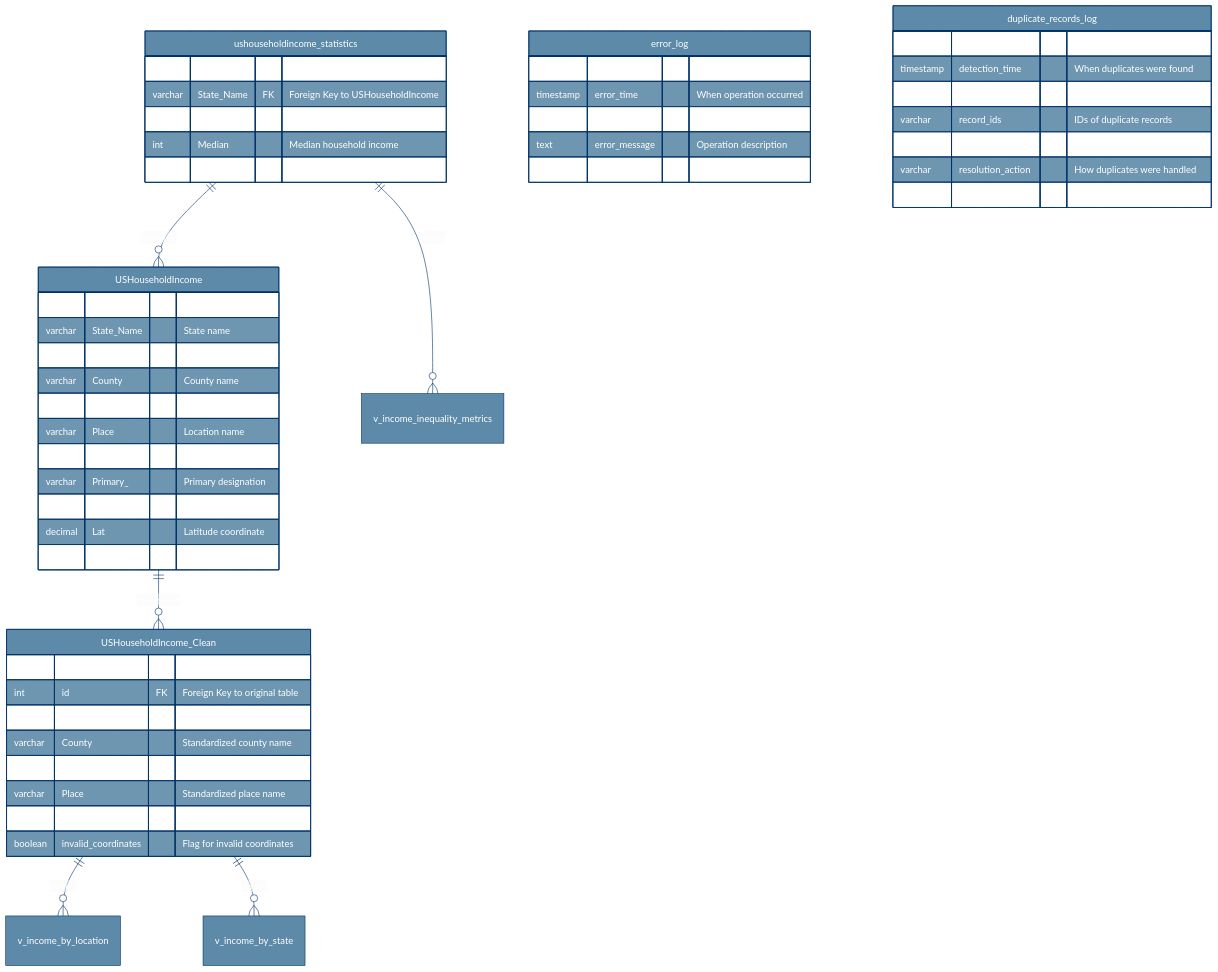
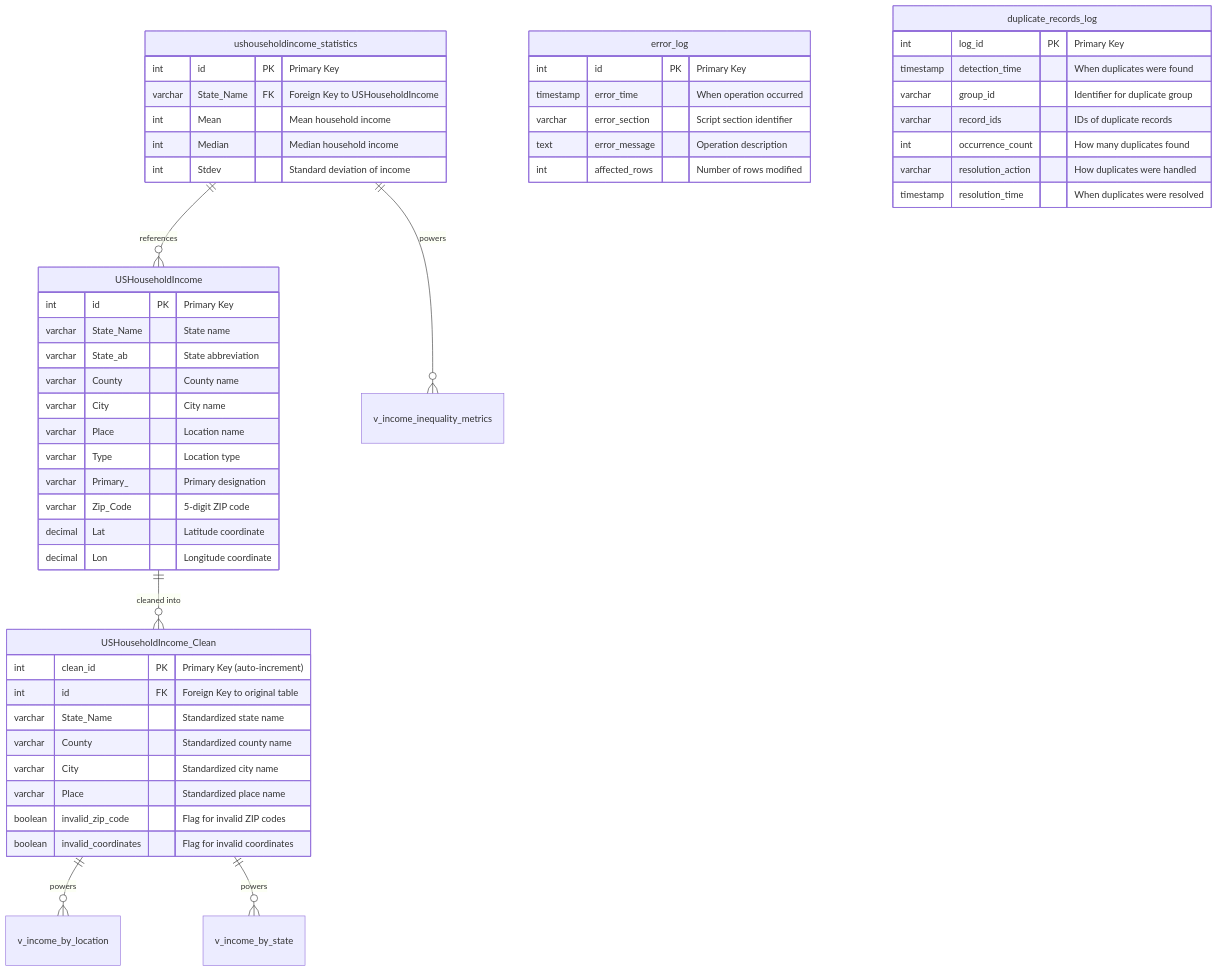
Before and after one commit to tzolkowski96/tzolkowski96: the fourth of 10 diagrams in us-household-income-analysis/README.md, drawn with Mermaid. The commit also changed other lines of this file, not shown here.

````diff
--- a/us-household-income-analysis/README.md
+++ b/us-household-income-analysis/README.md
@@ -455,62 +455,60 @@
 ```mermaid
-%%{init: {'theme': 'base', 'themeVariables': { 'primaryColor': '#5D8AA8', 'primaryTextColor': '#fff', 'primaryBorderColor': '#003366', 'lineColor': '#003366', 'secondaryColor': '#00979D', 'tertiaryColor': '#F9F9F9' }}}%%
-
 erDiagram
     USHouseholdIncome {
         int id PK "Primary Key"
         varchar State_Name "State name"
         varchar State_ab "State abbreviation"
         varchar County "County name"
         varchar City "City name"
         varchar Place "Location name"
         varchar Type "Location type"
         varchar Primary_ "Primary designation"
         varchar Zip_Code "5-digit ZIP code"
         decimal Lat "Latitude coordinate"
         decimal Lon "Longitude coordinate"
     }
     
     ushouseholdincome_statistics {
         int id PK "Primary Key"
         varchar State_Name FK "Foreign Key to USHouseholdIncome"
         int Mean "Mean household income"
         int Median "Median household income"
         int Stdev "Standard deviation of income"
     }
     
     USHouseholdIncome_Clean {
         int clean_id PK "Primary Key (auto-increment)"
         int id FK "Foreign Key to original table"
         varchar State_Name "Standardized state name"
         varchar County "Standardized county name"
         varchar City "Standardized city name"
         varchar Place "Standardized place name"
         boolean invalid_zip_code "Flag for invalid ZIP codes"
         boolean invalid_coordinates "Flag for invalid coordinates"
     }
     
     error_log {
         int id PK "Primary Key"
         timestamp error_time "When operation occurred"
         varchar error_section "Script section identifier"
         text error_message "Operation description"
         int affected_rows "Number of rows modified"
     }
     
     duplicate_records_log {
         int log_id PK "Primary Key"
         timestamp detection_time "When duplicates were found"
         varchar group_id "Identifier for duplicate group"
         varchar record_ids "IDs of duplicate records"
         int occurrence_count "How many duplicates found"
         varchar resolution_action "How duplicates were handled"
         timestamp resolution_time "When duplicates were resolved"
     }
     
     USHouseholdIncome ||--o{ USHouseholdIncome_Clean : "cleaned into"
     ushouseholdincome_statistics ||--o{ USHouseholdIncome : "references"
     
     USHouseholdIncome_Clean ||--o{ v_income_by_location : "powers"
     USHouseholdIncome_Clean ||--o{ v_income_by_state : "powers"
     ushouseholdincome_statistics ||--o{ v_income_inequality_metrics : "powers"
 ```
````
